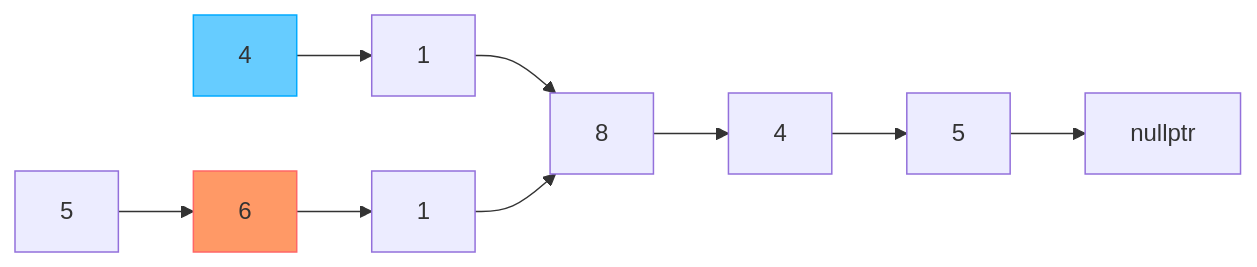
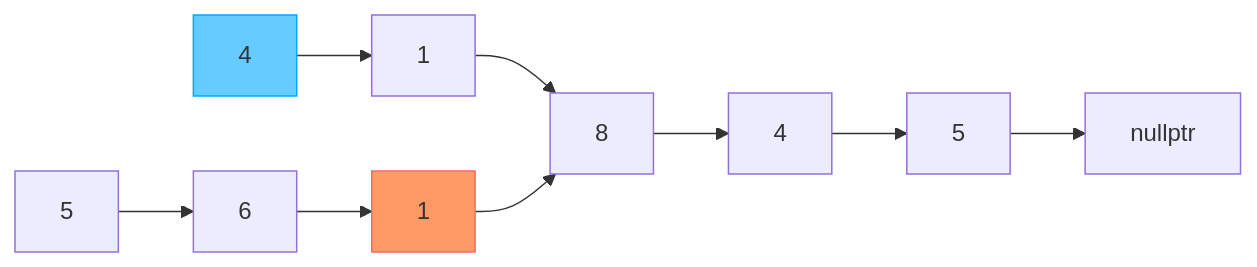
One commit to ianchen0419/cpp-leetcode changed the tenth of 13 diagrams in 160. Intersection of Two Linked Lists.md. Above: the diagram before and after it, drawn with Mermaid. The commit also changed other lines of this file, not shown here.

````diff
--- a/160. Intersection of Two Linked Lists.md
+++ b/160. Intersection of Two Linked Lists.md
@@ -138,14 +172,14 @@
 ```mermaid
 flowchart LR
     a[4]:::blue-->b[1]
     b-->c[8]
     c-->d[4]
     d-->e[5]
     e-->x[nullptr]
     f[5]-->g[6]
-    g:::orange-->h[1]
-    h-->c
+    g-->h[1]
+    h:::orange-->c
 
     classDef orange fill:#f96,stroke:#f66
     classDef blue fill:#6cf,stroke:#0af
 ```
````
